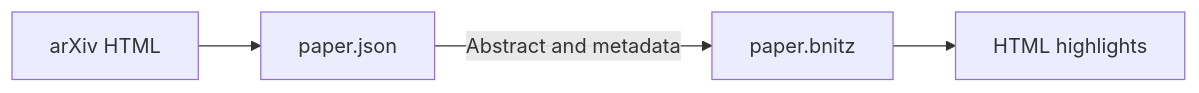
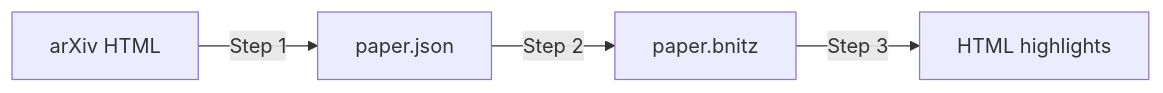
Before and after one commit to enricobottazzi/bnitz: the diagram in extension/README.md, drawn with Mermaid. The commit also changed other lines of this file and 5 other files, not shown here.

Commit message:
Prepare the arXiv HTML extension for Chrome testing

````diff
--- a/extension/README.md
+++ b/extension/README.md
@@ -5,6 +5,6 @@
 ```mermaid
 flowchart LR
-    A["arXiv HTML"] --> B["paper.json"]
-    B -->|Abstract and metadata| C["paper.bnitz"]
-    C --> D["HTML highlights"]
+    A["arXiv HTML"] -->|Step 1| B["paper.json"]
+    B -->|Step 2| C["paper.bnitz"]
+    C -->|Step 3| D["HTML highlights"]
 ```
````
